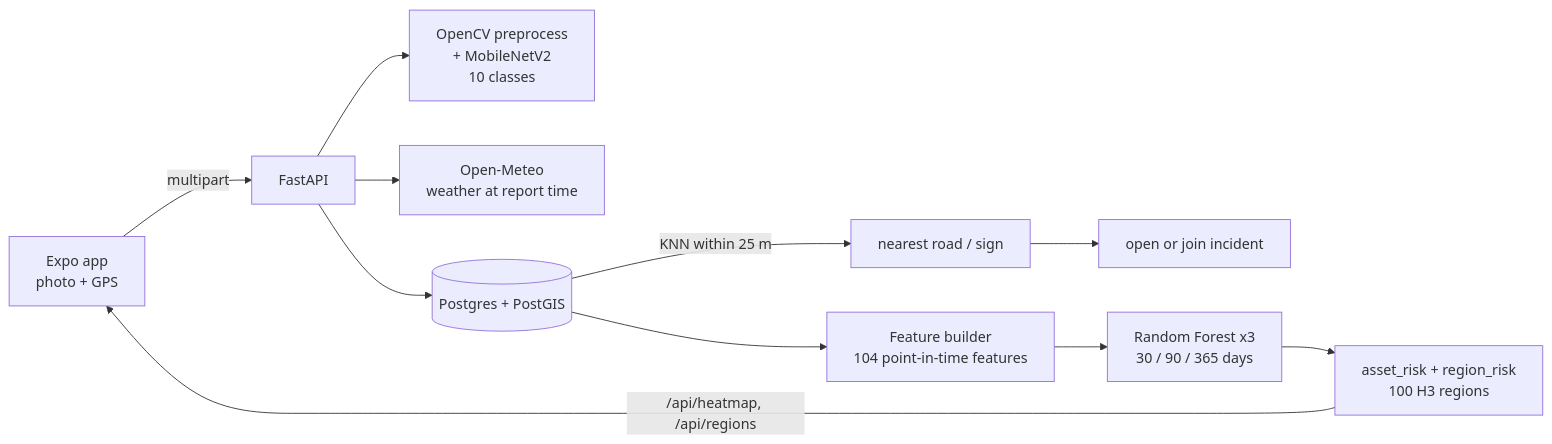
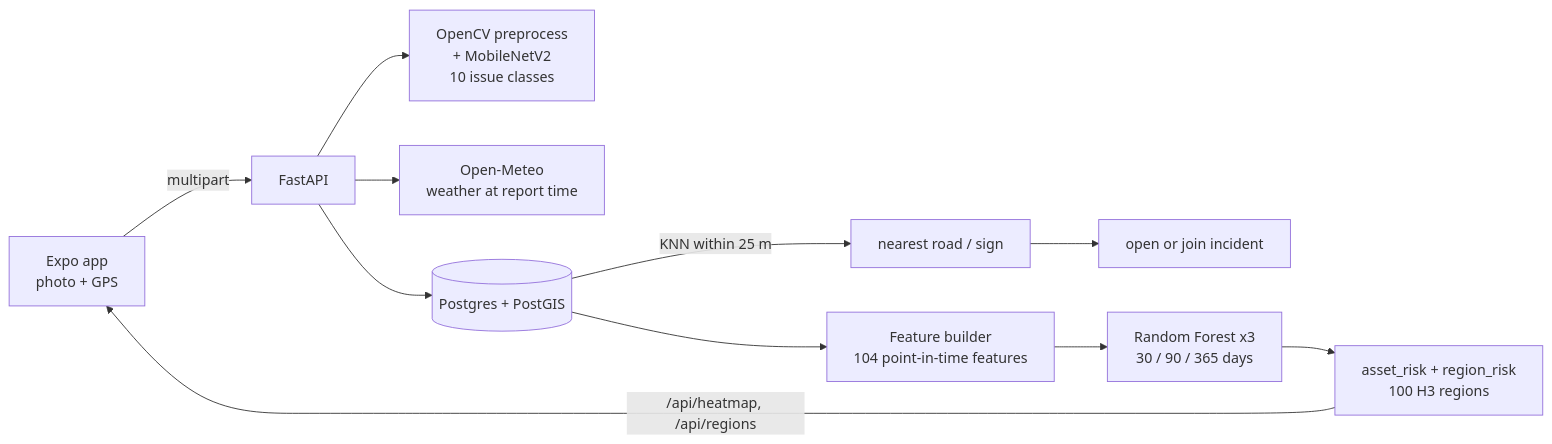
One commit to aprilli07/CityWatch changed the diagram in README.md. Above: the diagram before and after it, drawn with Mermaid. The commit also changed other lines of this file and 10 other files, not shown here.

First line of the commit message:
Train 11-class MobileNetV2 classifier on 3 de-duplicated Kaggle datasets

````diff
--- a/README.md
+++ b/README.md
@@ -25,13 +26,13 @@
 ```mermaid
 flowchart LR
     A[Expo app<br/>photo + GPS] -->|multipart| B[FastAPI]
-    B --> C[OpenCV preprocess<br/>+ MobileNetV2<br/>10 classes]
+    B --> C[OpenCV preprocess<br/>+ MobileNetV2<br/>10 issue classes]
     B --> D[Open-Meteo<br/>weather at report time]
     B --> E[(Postgres + PostGIS)]
     E -->|KNN within 25 m| F[nearest road / sign]
     F --> G[open or join incident]
     E --> H[Feature builder<br/>104 point-in-time features]
     H --> I[Random Forest x3<br/>30 / 90 / 365 days]
     I --> J[asset_risk + region_risk<br/>100 H3 regions]
     J -->|/api/heatmap, /api/regions| A
 ```
````
